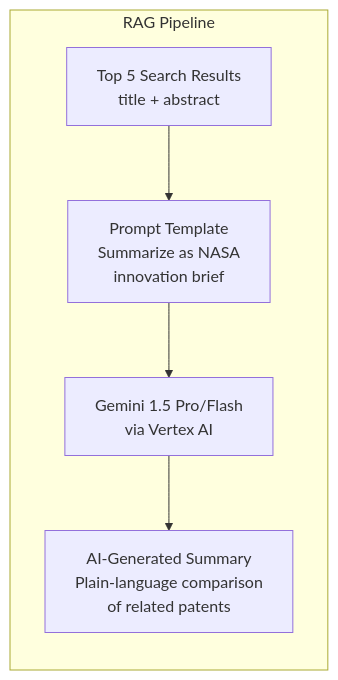
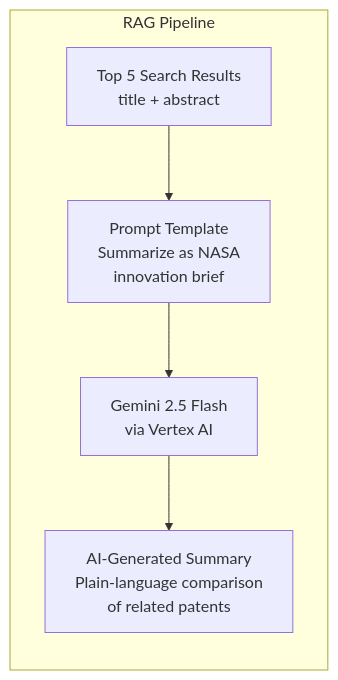
Before and after one commit to hmshimanyula1995/nasa-patent-search: the tenth of 14 diagrams in ARCHITECTURE_ANALYSIS.md, drawn with Mermaid. The commit also changed other lines of this file, not shown here.

First line of the commit message:
Sync ARCHITECTURE_ANALYSIS.md with current architecture

````diff
--- a/ARCHITECTURE_ANALYSIS.md
+++ b/ARCHITECTURE_ANALYSIS.md
@@ -432,8 +436,8 @@
 ```mermaid
 graph LR
     subgraph "RAG Pipeline"
         RESULTS[Top 5 Search Results<br/>title + abstract] --> PROMPT[Prompt Template<br/>Summarize as NASA<br/>innovation brief]
-        PROMPT --> GEMINI2[Gemini 1.5 Pro/Flash<br/>via Vertex AI]
+        PROMPT --> GEMINI2[Gemini 2.5 Flash<br/>via Vertex AI]
         GEMINI2 --> SUMMARY[AI-Generated Summary<br/>Plain-language comparison<br/>of related patents]
     end
 ```
````
